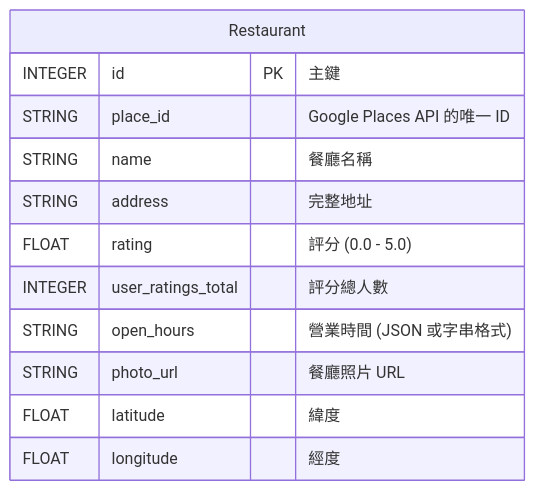
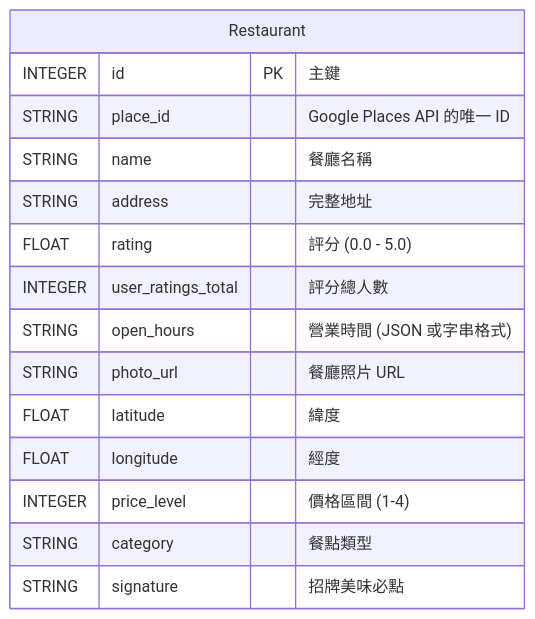
The first of 2 diagrams in docs/Restaurant_Info_Design.md (D1473117/very-good), drawn with Mermaid before and after one commit. The commit also changed 11 other files, not shown here.

````diff
--- a/docs/Restaurant_Info_Design.md
+++ b/docs/Restaurant_Info_Design.md
@@ -9,15 +9,18 @@
 ```mermaid
 erDiagram
     Restaurant {
         INTEGER id PK "主鍵"
         STRING place_id "Google Places API 的唯一 ID"
         STRING name "餐廳名稱"
         STRING address "完整地址"
         FLOAT rating "評分 (0.0 - 5.0)"
         INTEGER user_ratings_total "評分總人數"
         STRING open_hours "營業時間 (JSON 或字串格式)"
         STRING photo_url "餐廳照片 URL"
         FLOAT latitude "緯度"
         FLOAT longitude "經度"
+        INTEGER price_level "價格區間 (1-4)"
+        STRING category "餐點類型"
+        STRING signature "招牌美味必點"
     }
 ```
````
